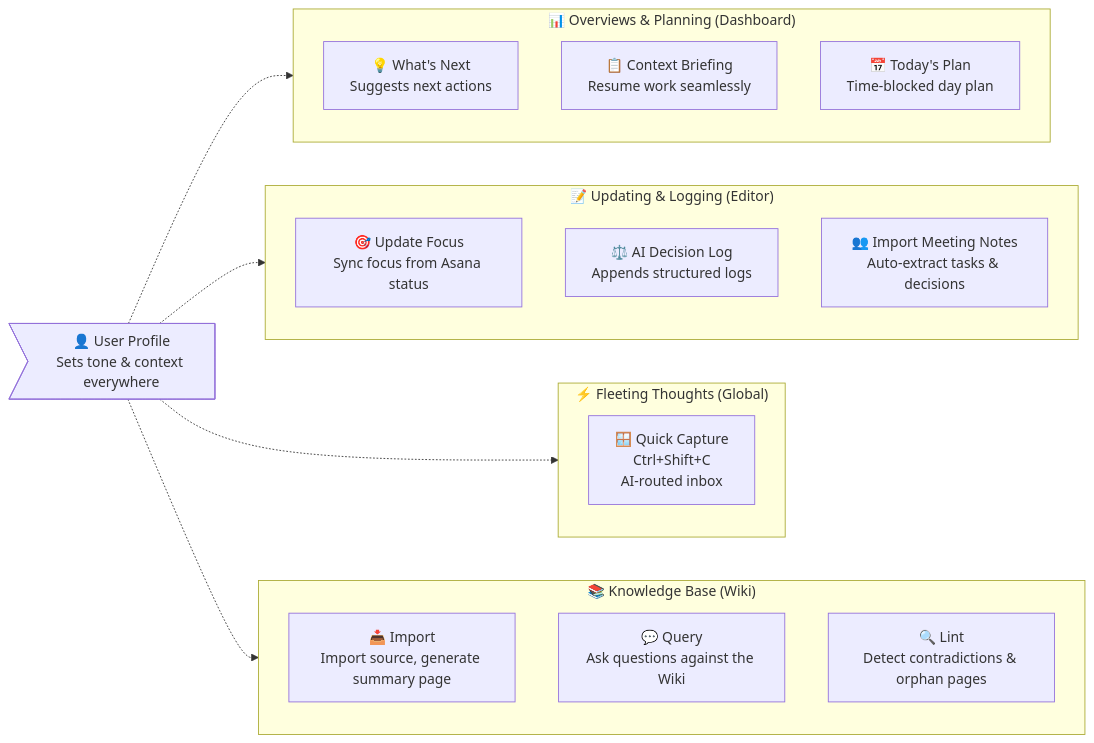
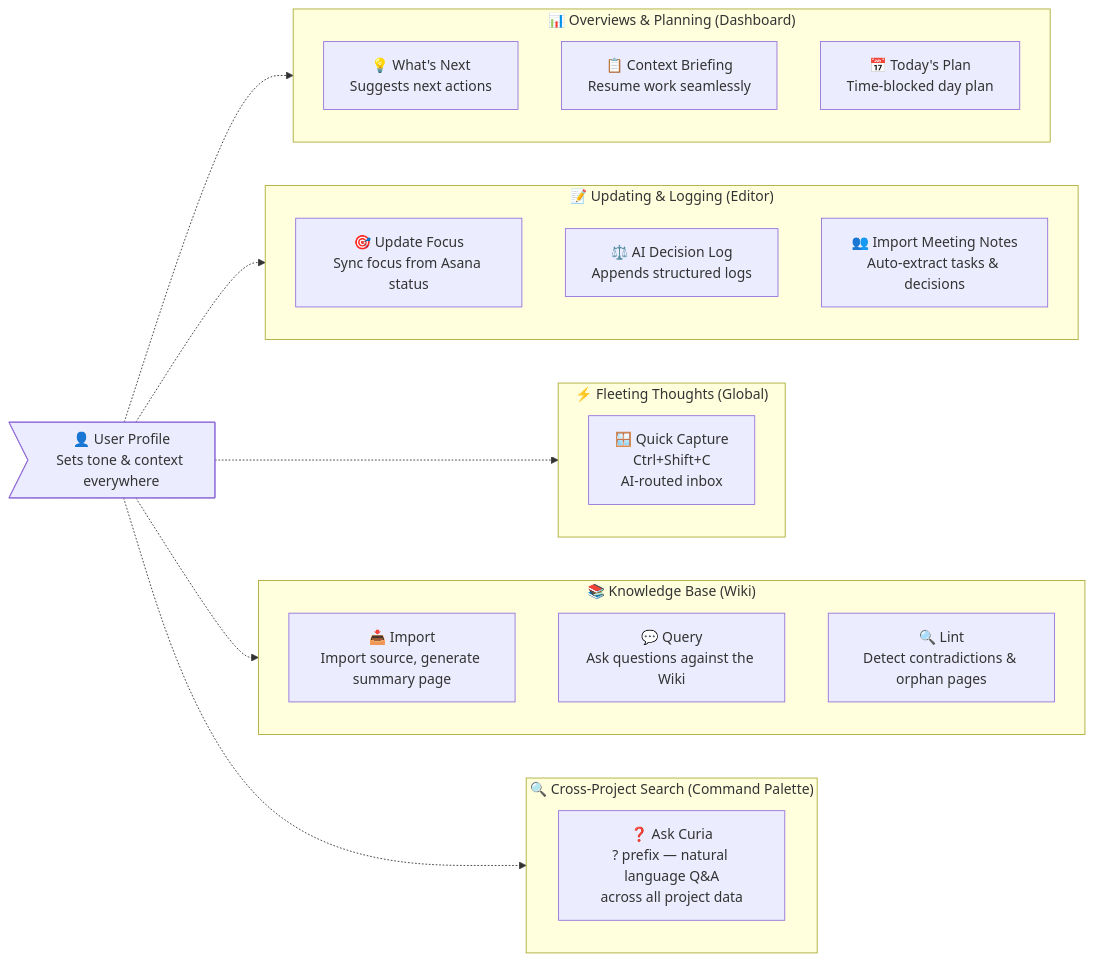
One commit to yt3trees/ProjectCurator changed the diagram in docs/ai-features.md. Above: the diagram before and after it, drawn with Mermaid. The commit also changed other lines of this file and 11 other files, not shown here.

Commit message:
feat: add Ask Curia command palette search

````diff
--- a/docs/ai-features.md
+++ b/docs/ai-features.md
@@ -12,37 +12,43 @@
 ```mermaid
 flowchart LR
     %% Base
     Profile>👤 User Profile<br>Sets tone & context everywhere]
 
     %% Categories
     subgraph Dashboard ["📊 Overviews & Planning (Dashboard)"]
         direction TB
         WN["💡 What's Next<br>Suggests next actions"]
         CB["📋 Context Briefing<br>Resume work seamlessly"]
         TP["📅 Today's Plan<br>Time-blocked day plan"]
     end
 
     subgraph Editor ["📝 Updating & Logging (Editor)"]
         direction TB
         UF["🎯 Update Focus<br>Sync focus from Asana status"]
         DL["⚖️ AI Decision Log<br>Appends structured logs"]
         IM["👥 Import Meeting Notes<br>Auto-extract tasks & decisions"]
     end
 
     subgraph Global ["⚡ Fleeting Thoughts (Global)"]
         direction TB
         QC["🪟 Quick Capture<br>Ctrl+Shift+C<br>AI-routed inbox"]
     end
 
     subgraph Wiki ["📚 Knowledge Base (Wiki)"]
         direction TB
         WI["📥 Import<br>Import source, generate summary page"]
         WQ["💬 Query<br>Ask questions against the Wiki"]
         WL["🔍 Lint<br>Detect contradictions & orphan pages"]
     end
 
+    subgraph CommandPalette ["🔍 Cross-Project Search (Command Palette)"]
+        direction TB
+        AC["❓ Ask Curia<br>? prefix — natural language Q&A<br>across all project data"]
+    end
+
     Profile -.-> Dashboard
     Profile -.-> Editor
     Profile -.-> Global
     Profile -.-> Wiki
+    Profile -.-> CommandPalette
 ```
````
